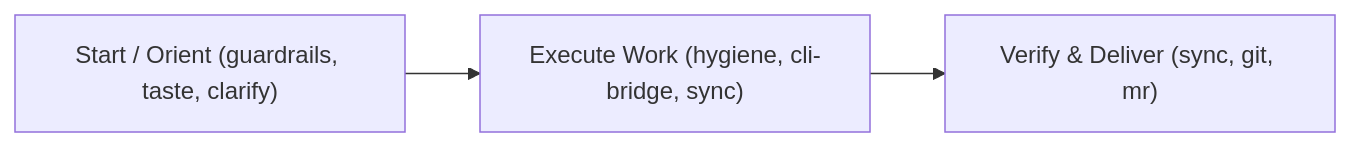
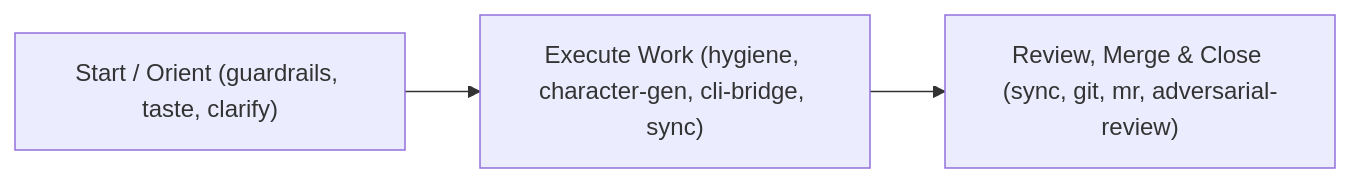
One commit to qthan1004/games-studio-workspace changed the diagram in .agent/skills/general/README.md. Above: the diagram before and after it, drawn with Mermaid. The commit also changed other lines of this file and 14 other files, not shown here.

Commit message:
feat(studio): add adversarial-review, character-gen, and clean labels

````diff
--- a/.agent/skills/general/README.md
+++ b/.agent/skills/general/README.md
@@ -9,5 +9,5 @@
 ```mermaid
 flowchart LR
-    Start["Start / Orient (guardrails, taste, clarify)"] --> Work["Execute Work (hygiene, cli-bridge, sync)"]
-    Work --> Close["Verify & Deliver (sync, git, mr)"]
+    Start["Start / Orient (guardrails, taste, clarify)"] --> Work["Execute Work (hygiene, character-gen, cli-bridge, sync)"]
+    Work --> Close["Review, Merge & Close (sync, git, mr, adversarial-review)"]
 ```
````
